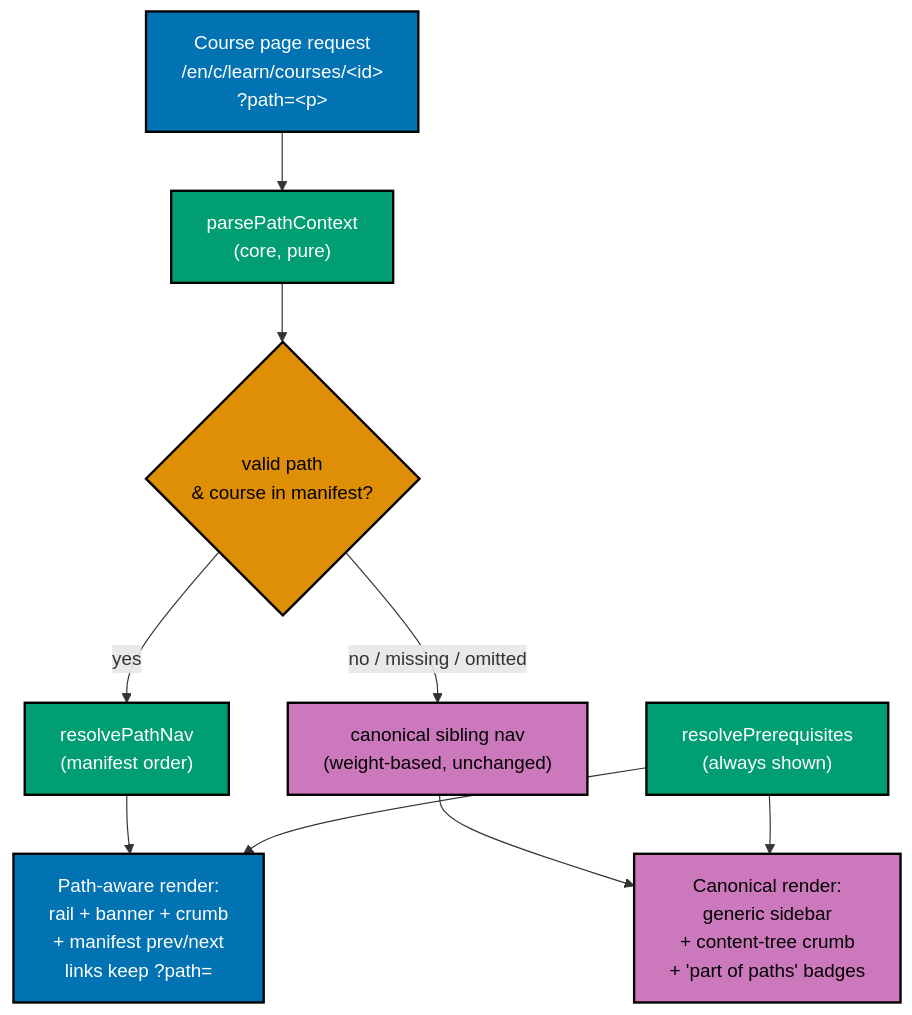
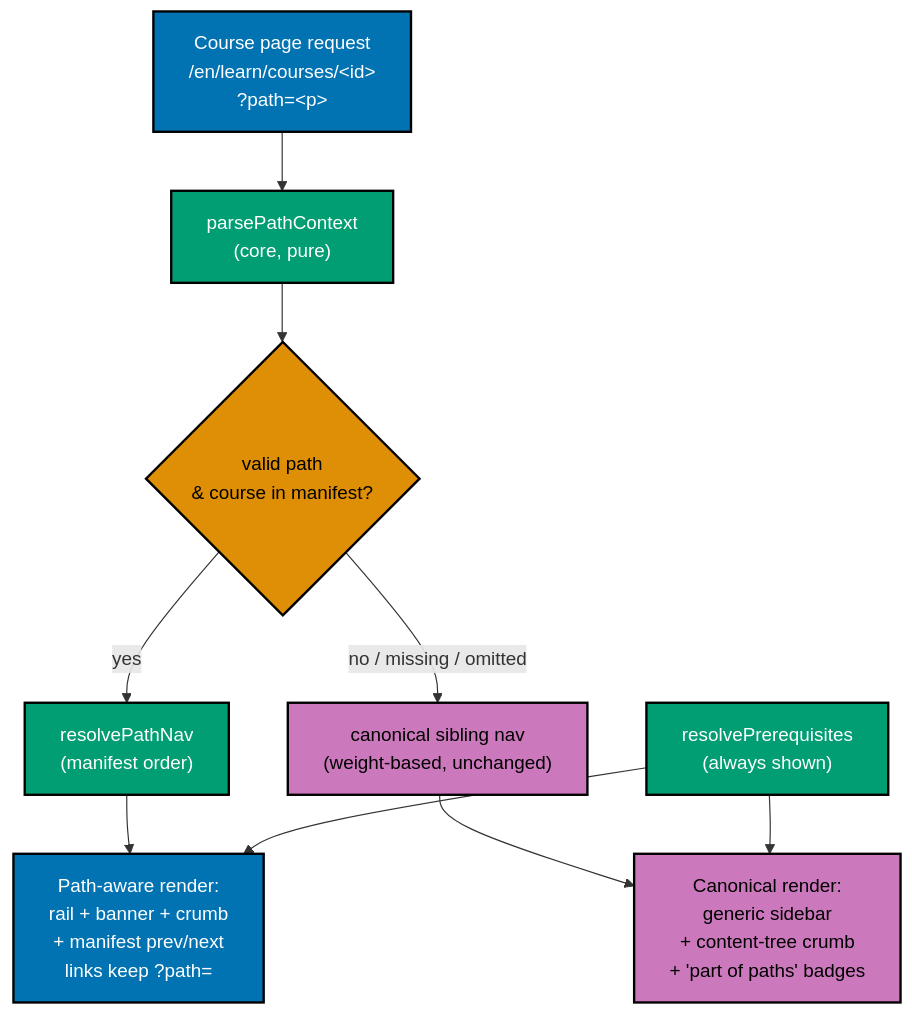
Before and after one commit to wahidyankf/baseerah: the third of 4 diagrams in plans/backlog/ayokoding-learning-path-03-navigation-ui/tech-docs.md, drawn with Mermaid. The commit also changed other lines of this file and 77 other files, not shown here.

````diff
--- a/plans/backlog/ayokoding-learning-path-03-navigation-ui/tech-docs.md
+++ b/plans/backlog/ayokoding-learning-path-03-navigation-ui/tech-docs.md
@@ -187,29 +223,29 @@
 ```mermaid
 %% Decision branch: how one request resolves into one of two renders.
 %% The diamond is the only branch; both outcomes are first-class (DD-4).
 %% Palette: color-blind-friendly (#0173B2 blue, #DE8F05 orange, #029E73 teal, #CC78BC purple).
 %% TB orientation: the resolution path is a five-node chain, which exceeds the LR width budget.
 flowchart TB
-    REQ["Course page request<br/>/en/c/learn/courses/&lt;id&gt;<br/>?path=&lt;p&gt;"]:::blue
+    REQ["Course page request<br/>/en/learn/courses/&lt;id&gt;<br/>?path=&lt;p&gt;"]:::blue
     CTX["parsePathContext<br/>(core, pure)"]:::teal
     VALID{"valid path<br/>&amp; course in manifest?"}:::orange
     NAVP["resolvePathNav<br/>(manifest order)"]:::teal
     NAVC["canonical sibling nav<br/>(weight-based, unchanged)"]:::purple
     PREQ["resolvePrerequisites<br/>(always shown)"]:::teal
     RENDER["Path-aware render:<br/>rail + banner + crumb<br/>+ manifest prev/next<br/>links keep ?path="]:::blue
     RENDERC["Canonical render:<br/>generic sidebar<br/>+ content-tree crumb<br/>+ 'part of paths' badges"]:::purple
 
     REQ --> CTX
     CTX --> VALID
     VALID -->|yes| NAVP
     NAVP --> RENDER
     VALID -->|"no / missing / omitted"| NAVC
     NAVC --> RENDERC
     PREQ --> RENDER
     PREQ --> RENDERC
 
     classDef blue fill:#0173B2,stroke:#000000,color:#FFFFFF,stroke-width:2px
     classDef teal fill:#029E73,stroke:#000000,color:#FFFFFF,stroke-width:2px
     classDef orange fill:#DE8F05,stroke:#000000,color:#000000,stroke-width:2px
     classDef purple fill:#CC78BC,stroke:#000000,color:#000000,stroke-width:2px
 ```
````
